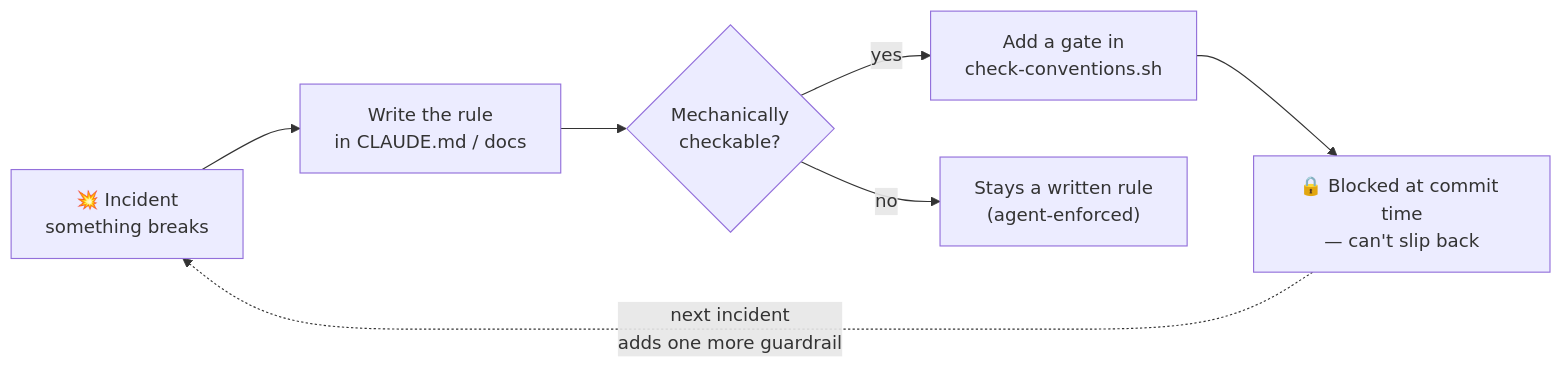
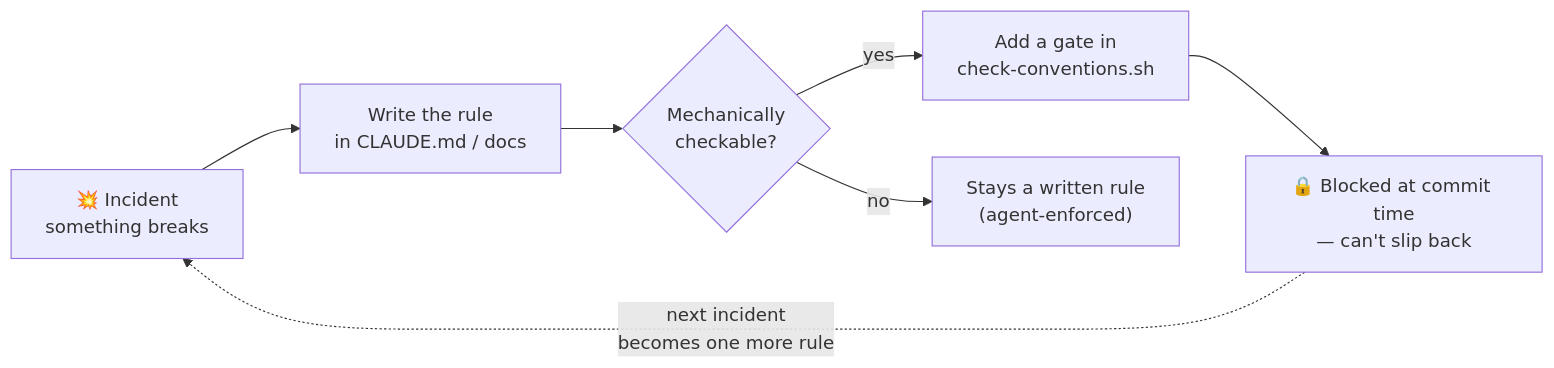
The third of 3 diagrams in README.md (icurfer/ic-praxis), drawn with Mermaid before and after one commit. The commit also changed other lines of this file and 11 other files, not shown here.

````diff
--- a/README.md
+++ b/README.md
@@ -132,9 +132,9 @@
 ```mermaid
 flowchart LR
     I["💥 Incident<br/>something breaks"] --> W["Write the rule<br/>in CLAUDE.md / docs"]
     W --> Q{"Mechanically<br/>checkable?"}
     Q -- yes --> G["Add a gate in<br/>check-conventions.sh"]
     Q -- no --> R["Stays a written rule<br/>(agent-enforced)"]
     G --> P["🔒 Blocked at commit time<br/>— can't slip back"]
-    P -. "next incident<br/>adds one more guardrail" .-> I
+    P -. "next incident<br/>becomes one more rule" .-> I
 ```
````
